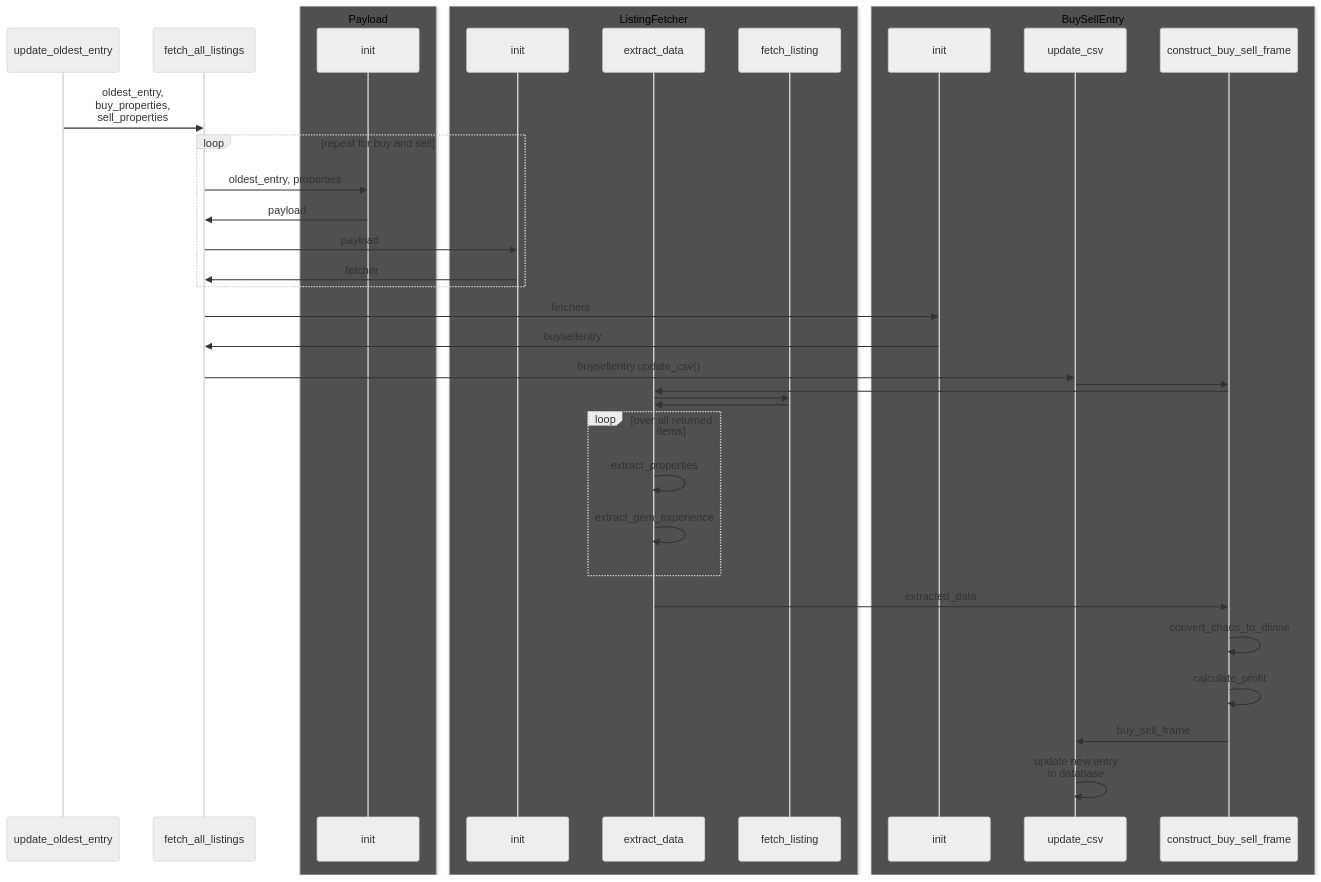
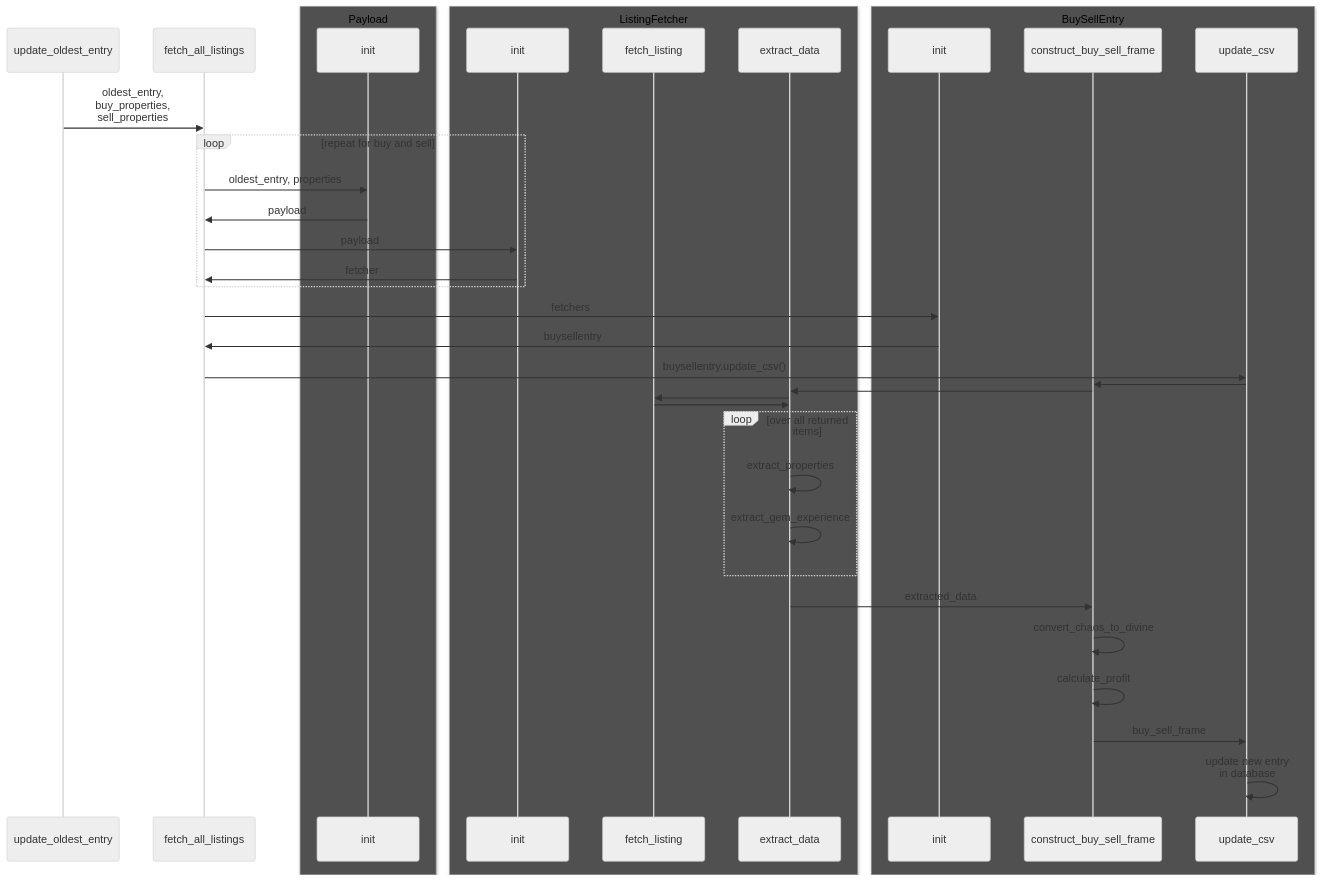
The sixth of 7 diagrams in documentation/software-design-document.md (DixieSquad/weary-traveler), drawn with Mermaid (neutral theme) before and after one commit. The commit also changed other lines of this file, not shown here.

Commit message:
Add sequence diagram for v0.1.1

````diff
--- a/documentation/software-design-document.md
+++ b/documentation/software-design-document.md
@@ -190,54 +190,54 @@
 ```mermaid
 sequenceDiagram
 participant update_oldest_entry
 participant fetch_all_listings
 
 box rgb(80,80,80) Payload
 participant payload_init as init
 end
 
 box rgb(80,80,80) ListingFetcher
 participant fetch_init as init
+participant fetch_listing
 participant extract_data
-participant fetch_listing
 end
 
 box rgb(80,80,80) BuySellEntry
 participant bs_init as init
+participant construct_buy_sell_frame
 participant update_csv
-participant construct_buy_sell_frame
 end
 
 update_oldest_entry ->> fetch_all_listings: oldest_entry,<br/> buy_properties,<br/> sell_properties
 
 loop repeat for buy and sell 
     fetch_all_listings ->> payload_init: oldest_entry, properties
     payload_init ->> fetch_all_listings: payload
 
     fetch_all_listings ->> fetch_init: payload
     fetch_init ->> fetch_all_listings: fetcher
 end
 
 fetch_all_listings ->> bs_init: fetchers
 bs_init ->> fetch_all_listings: buysellentry
 
 fetch_all_listings ->> update_csv: buysellentry.update_csv()
 update_csv ->> construct_buy_sell_frame: 
 
 construct_buy_sell_frame ->> extract_data: 
 extract_data ->> fetch_listing: 
 fetch_listing ->> extract_data: 
 loop over all returned items
     extract_data ->> extract_data: extract_properties
     extract_data ->> extract_data: extract_gem_experience
 end
 extract_data ->> construct_buy_sell_frame: extracted_data
 
 construct_buy_sell_frame ->> construct_buy_sell_frame: convert_chaos_to_divine
 construct_buy_sell_frame ->> construct_buy_sell_frame: calculate_profit
 
 construct_buy_sell_frame ->> update_csv: buy_sell_frame
 
 update_csv ->> update_csv: update new entry<br/> in database
 
 ```
````
